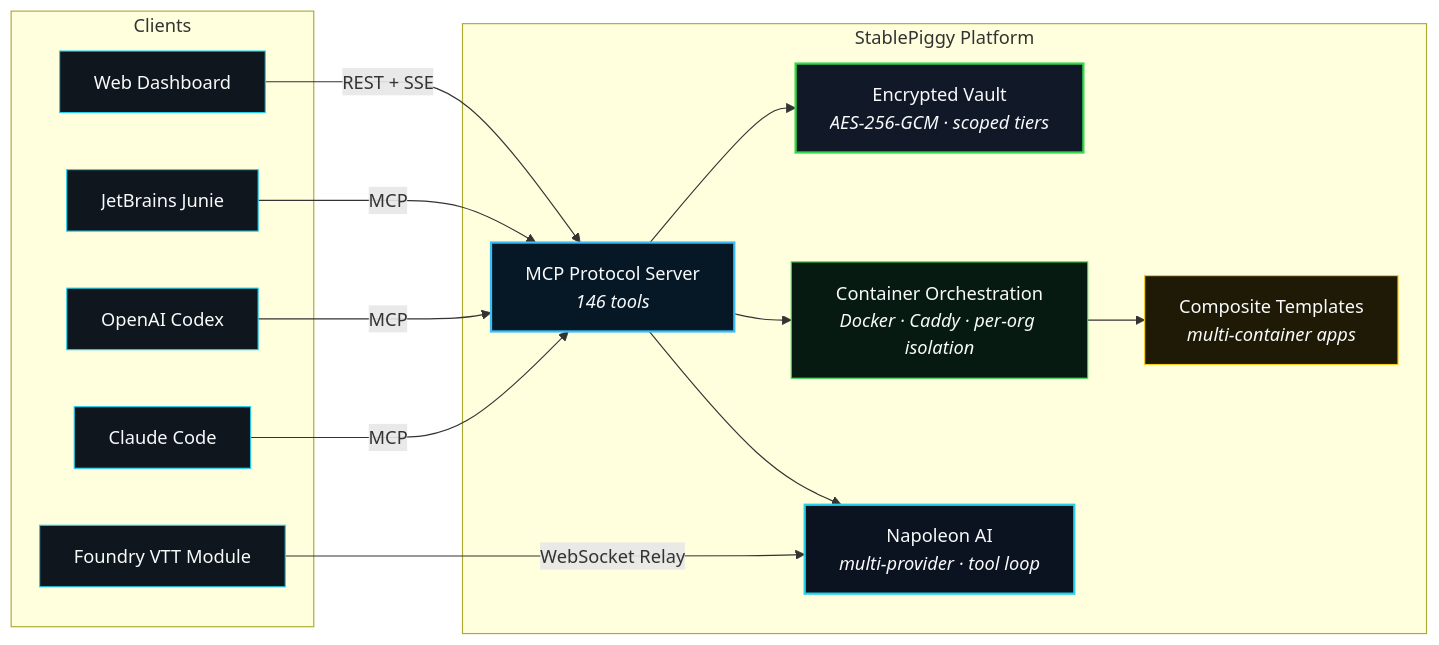
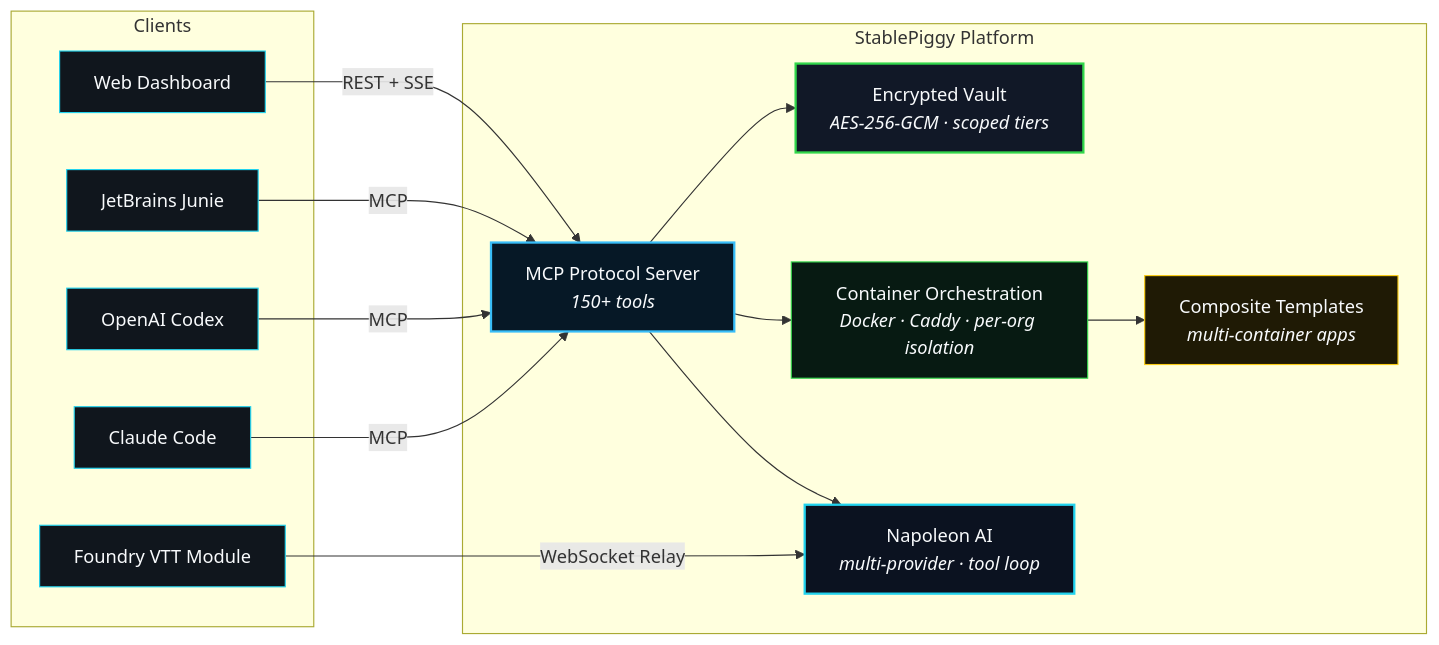
The first of 2 diagrams in README.md (savevsgames/savevsgames), drawn with Mermaid before and after one commit. The commit also changed other lines of this file, not shown here.

````diff
--- a/README.md
+++ b/README.md
@@ -39,43 +41,43 @@
 ```mermaid
 graph LR
     subgraph Clients["Clients"]
         Dashboard["Web Dashboard"]
         Junie["JetBrains Junie"]
         Codex["OpenAI Codex"]
         Claude["Claude Code"]
         Foundry["Foundry VTT Module"]
     end
 
     subgraph Platform["StablePiggy Platform"]
-        MCP["MCP Protocol Server<br/><em>146 tools</em>"]
+        MCP["MCP Protocol Server<br/><em>150+ tools</em>"]
         Vault["Encrypted Vault<br/><em>AES-256-GCM · scoped tiers</em>"]
         Containers["Container Orchestration<br/><em>Docker · Caddy · per-org isolation</em>"]
         Bundles["Composite Templates<br/><em>multi-container apps</em>"]
         Napoleon["Napoleon AI<br/><em>multi-provider · tool loop</em>"]
     end
 
     Dashboard -->|REST + SSE| MCP
     Junie -->|MCP| MCP
     Codex -->|MCP| MCP
     Claude -->|MCP| MCP
     Foundry -->|WebSocket Relay| Napoleon
 
     MCP --> Vault
     MCP --> Containers
     MCP --> Napoleon
     Containers --> Bundles
 
     class Dashboard,Junie,Codex,Claude,Foundry client;
     class MCP core;
     class Vault secure;
     class Containers infra;
     class Bundles app;
     class Napoleon ai;
 
     classDef client fill:#10161d,stroke:#22d3ee,color:#f8fafc,stroke-width:1px;
     classDef core fill:#061826,stroke:#38bdf8,color:#f8fafc,stroke-width:2px;
     classDef secure fill:#111827,stroke:#32d74b,color:#f8fafc,stroke-width:2px;
     classDef infra fill:#071a12,stroke:#32d74b,color:#f8fafc,stroke-width:1px;
     classDef app fill:#1f1a05,stroke:#facc15,color:#f8fafc,stroke-width:1px;
     classDef ai fill:#0b1220,stroke:#22d3ee,color:#f8fafc,stroke-width:2px;
 ```
````
